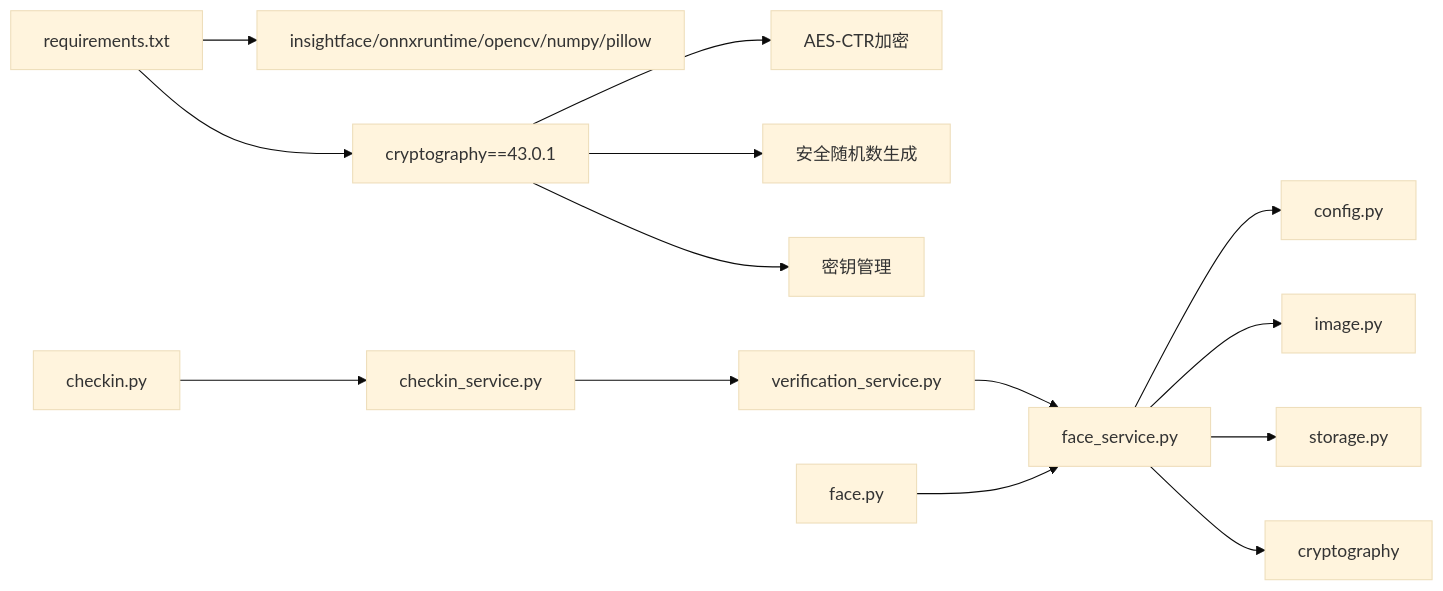
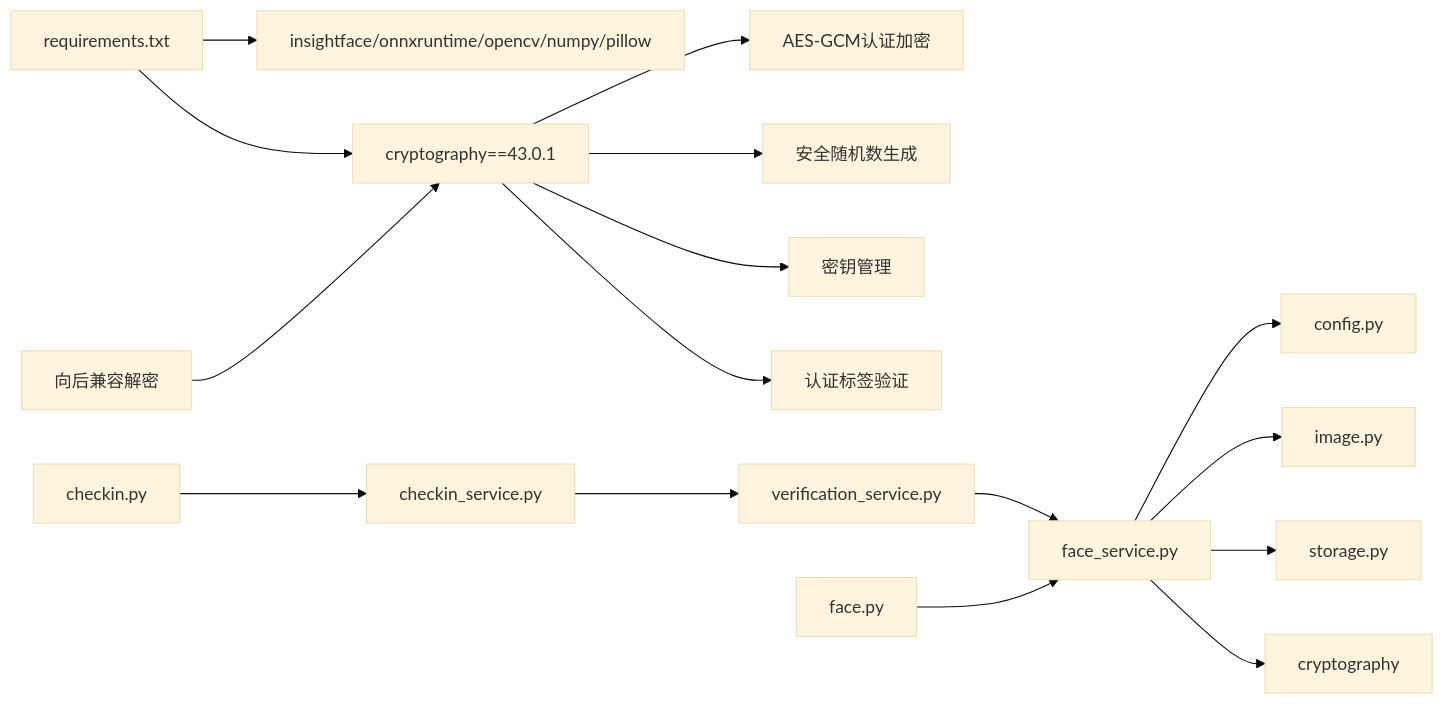
Before and after one commit to onebody/homework: the fifth of 5 diagrams in .qoder/repowiki/zh/content/暑假作业打卡系统/核心业务功能/人脸识别系统.md, drawn with Mermaid (base theme). The commit also changed other lines of this file and 28 other files, not shown here.

````diff
--- a/.qoder/repowiki/zh/content/暑假作业打卡系统/核心业务功能/人脸识别系统.md
+++ b/.qoder/repowiki/zh/content/暑假作业打卡系统/核心业务功能/人脸识别系统.md
@@ -371,16 +393,18 @@
 ```mermaid
 graph LR
 A["requirements.txt"] --> B["insightface/onnxruntime/opencv/numpy/pillow"]
 A --> C["cryptography==43.0.1"]
-C --> D["AES-CTR加密"]
+C --> D["AES-GCM认证加密"]
 C --> E["安全随机数生成"]
 C --> F["密钥管理"]
-G["face_service.py"] --> H["config.py"]
-G --> I["image.py"]
-G --> J["storage.py"]
-G --> K["cryptography"]
-L["verification_service.py"] --> G
-M["checkin_service.py"] --> L
-N["face.py"] --> G
-O["checkin.py"] --> M
+C --> G["认证标签验证"]
+H["向后兼容解密"] --> C
+I["face_service.py"] --> J["config.py"]
+I --> K["image.py"]
+I --> L["storage.py"]
+I --> M["cryptography"]
+N["verification_service.py"] --> I
+O["checkin_service.py"] --> N
+P["face.py"] --> I
+Q["checkin.py"] --> O
 ```
````
